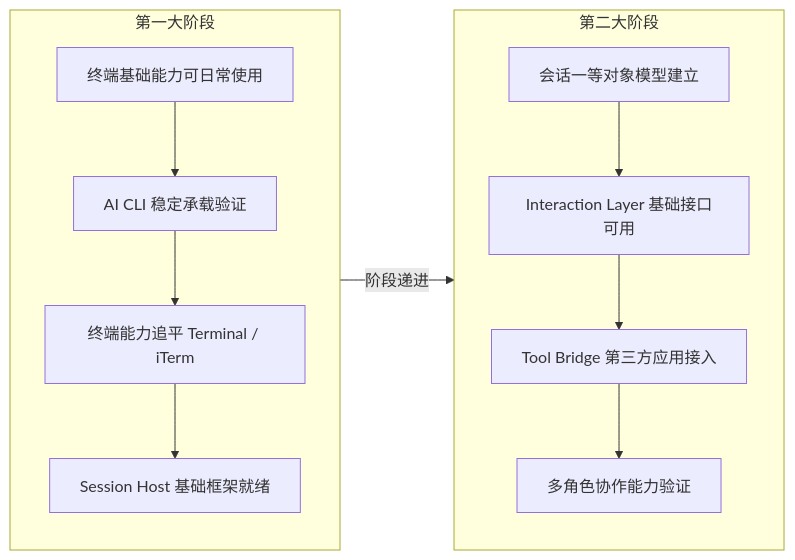
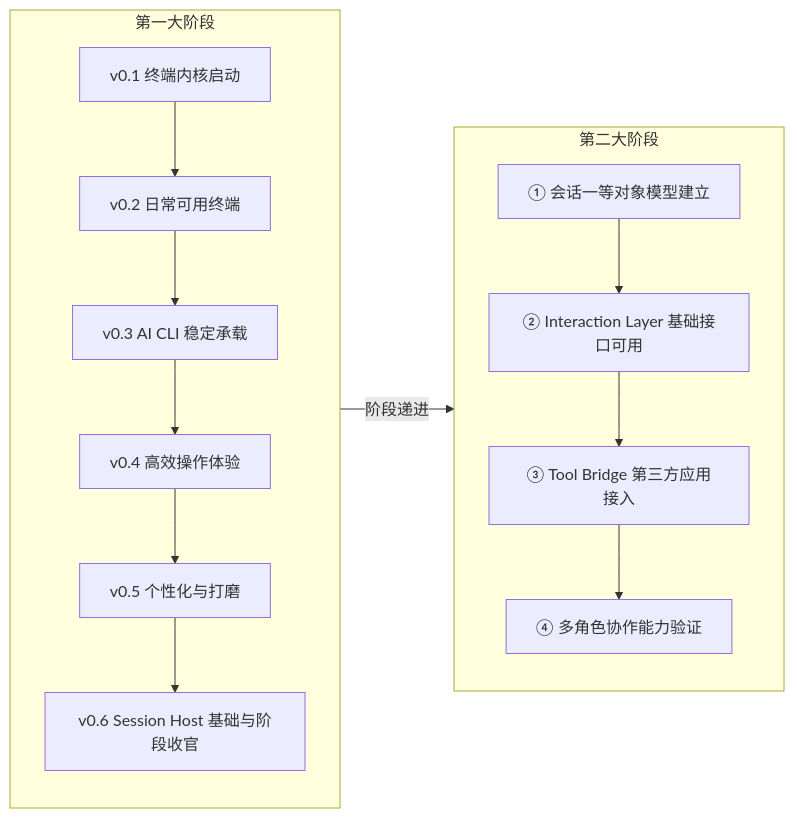
Before and after one commit to KyleYang2002/Hi-Terms: the first of 3 diagrams in docs/reqs/hi-terms-roadmap.md, drawn with Mermaid. The commit also changed other lines of this file, not shown here.

Commit message:
Split Phase 1 roadmap into six versioned milestones (v0.1–v0.6) with deliverables and acceptance criteria

````diff
--- a/docs/reqs/hi-terms-roadmap.md
+++ b/docs/reqs/hi-terms-roadmap.md
@@ -19,20 +19,22 @@
 ```mermaid
 graph LR
     subgraph 第一大阶段
         direction TB
-        M1[终端基础能力可日常使用]
-        M2[AI CLI 稳定承载验证]
-        M3[终端能力追平 Terminal / iTerm]
-        M4[Session Host 基础框架就绪]
-        M1 --> M2 --> M3 --> M4
+        V1["v0.1 终端内核启动"]
+        V2["v0.2 日常可用终端"]
+        V3["v0.3 AI CLI 稳定承载"]
+        V4["v0.4 高效操作体验"]
+        V5["v0.5 个性化与打磨"]
+        V6["v0.6 Session Host 基础与阶段收官"]
+        V1 --> V2 --> V3 --> V4 --> V5 --> V6
     end
     subgraph 第二大阶段
         direction TB
-        M5[会话一等对象模型建立]
-        M6[Interaction Layer 基础接口可用]
-        M7[Tool Bridge 第三方应用接入]
-        M8[多角色协作能力验证]
-        M5 --> M6 --> M7 --> M8
+        M1["① 会话一等对象模型建立"]
+        M2["② Interaction Layer 基础接口可用"]
+        M3["③ Tool Bridge 第三方应用接入"]
+        M4["④ 多角色协作能力验证"]
+        M1 --> M2 --> M3 --> M4
     end
-    M4 -->|阶段递进| M5
+    V6 -->|阶段递进| M1
 ```
````
